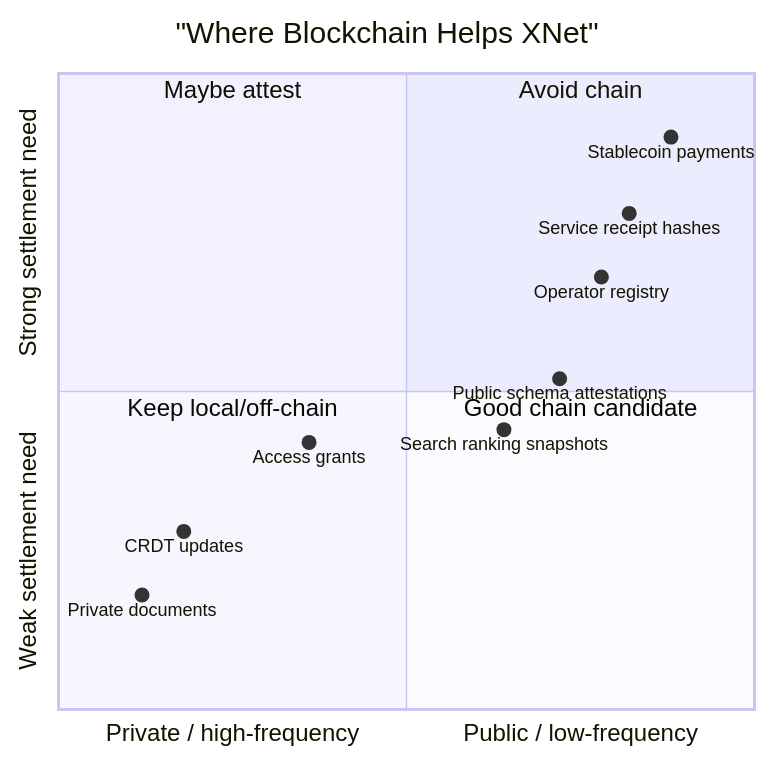
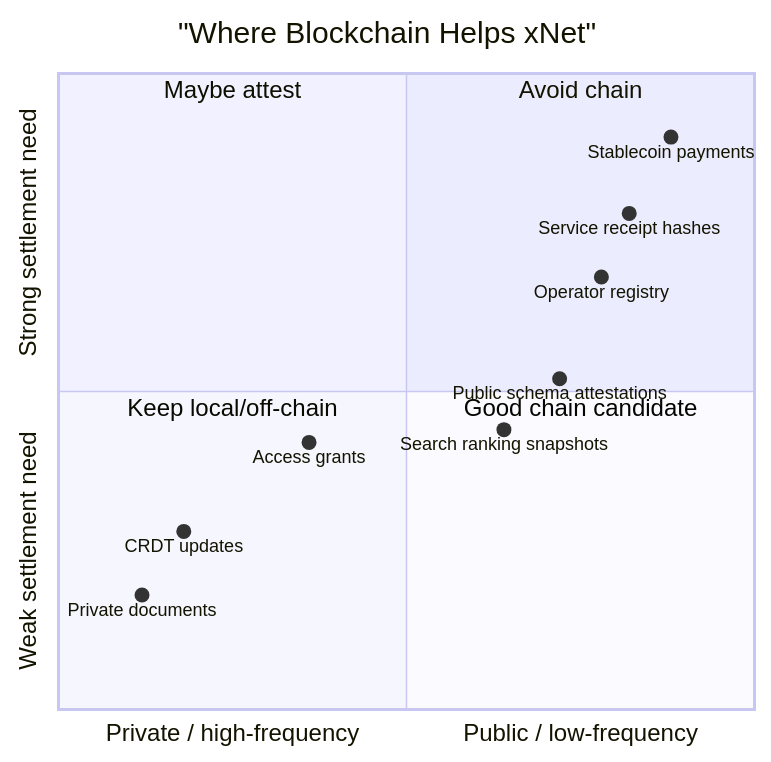
Before and after one commit to crs48/xNet: the fifth of 6 diagrams in docs/explorations/0143_[_]_WHY_MIGHT_PUBLIC_MARKETS_INVEST_IN_XNET_THINK_CRYPTO_AND_WEB3_AND_BLOCKCHAIN.md, drawn with Mermaid. The commit also changed other lines of this file and 32 other files, not shown here.

````diff
--- a/docs/explorations/0143_[_]_WHY_MIGHT_PUBLIC_MARKETS_INVEST_IN_XNET_THINK_CRYPTO_AND_WEB3_AND_BLOCKCHAIN.md
+++ b/docs/explorations/0143_[_]_WHY_MIGHT_PUBLIC_MARKETS_INVEST_IN_XNET_THINK_CRYPTO_AND_WEB3_AND_BLOCKCHAIN.md
@@ -522,18 +522,18 @@
 ```mermaid
 quadrantChart
-    title "Where Blockchain Helps XNet"
+    title "Where Blockchain Helps xNet"
     x-axis "Private / high-frequency" --> "Public / low-frequency"
     y-axis "Weak settlement need" --> "Strong settlement need"
     quadrant-1 "Avoid chain"
     quadrant-2 "Maybe attest"
     quadrant-3 "Keep local/off-chain"
     quadrant-4 "Good chain candidate"
     "Private documents": [0.12, 0.18]
     "CRDT updates": [0.18, 0.28]
     "Access grants": [0.36, 0.42]
     "Public schema attestations": [0.72, 0.52]
     "Service receipt hashes": [0.82, 0.78]
     "Stablecoin payments": [0.88, 0.9]
     "Operator registry": [0.78, 0.68]
     "Search ranking snapshots": [0.64, 0.44]
 ```
````
